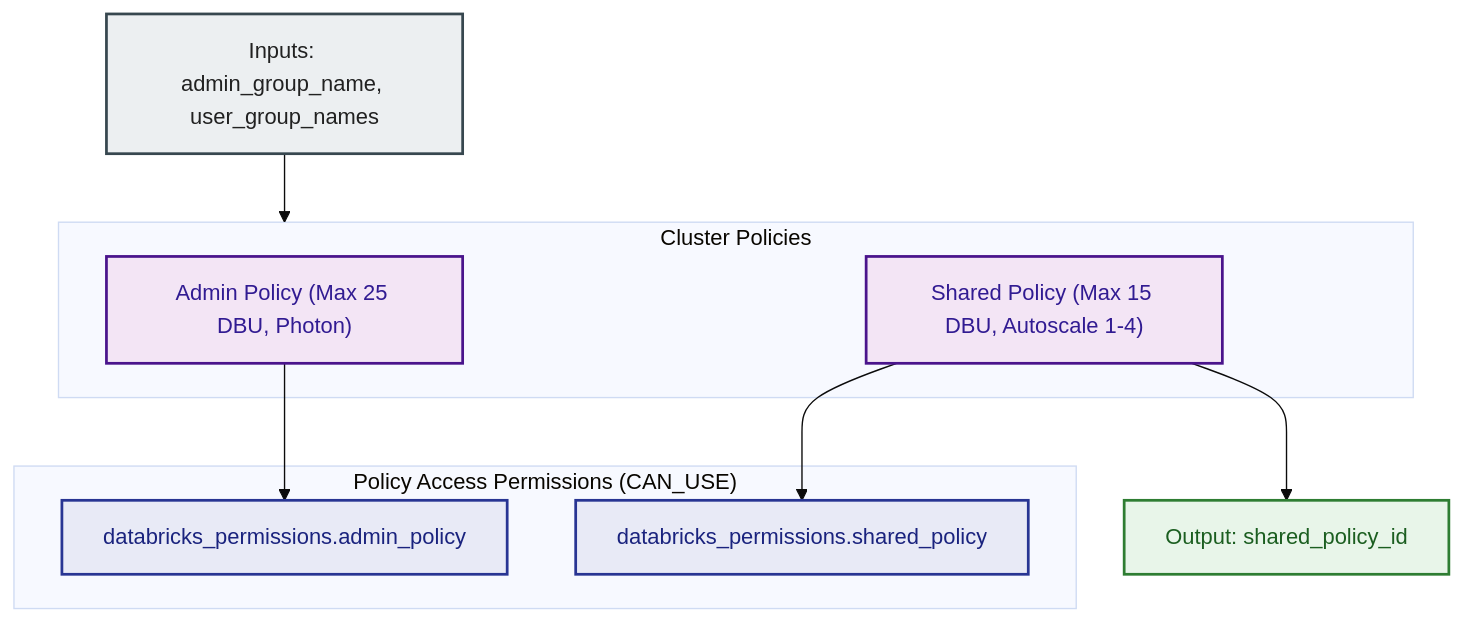
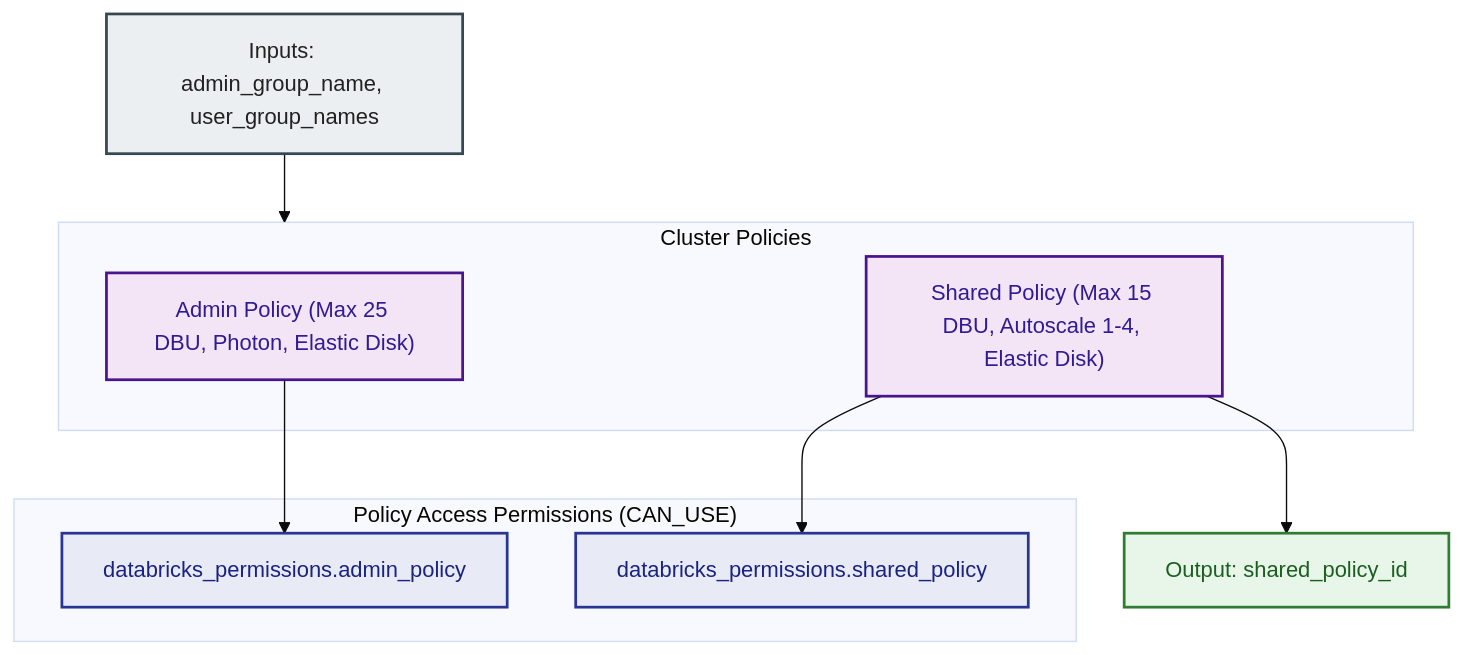
One commit to MikolajSedek/databricks_aws_deployment_03_workspaces_and_compute changed the diagram in modules/05.compute/001.compute_policies/README.md. Above: the diagram before and after it, drawn with Mermaid (base theme). The commit also changed other lines of this file and 23 other files, not shown here.

````diff
--- a/modules/05.compute/001.compute_policies/README.md
+++ b/modules/05.compute/001.compute_policies/README.md
@@ -55,27 +56,27 @@
 ```mermaid
 flowchart TD
     classDef input fill:#ECEFF1,stroke:#37474F,stroke-width:2px,color:#212121;
     classDef policy fill:#F3E5F5,stroke:#4A148C,stroke-width:2px,color:#311B92;
     classDef acl fill:#E8EAF6,stroke:#283593,stroke-width:2px,color:#1A237E;
     classDef out fill:#E8F5E9,stroke:#2E7D32,stroke-width:2px,color:#1B5E20;
 
     Inputs["Inputs: admin_group_name, user_group_names"]:::input
 
     subgraph Policies ["Cluster Policies"]
-        AdminPol["Admin Policy (Max 25 DBU, Photon)"]:::policy
-        SharedPol["Shared Policy (Max 15 DBU, Autoscale 1-4)"]:::policy
+        AdminPol["Admin Policy (Max 25 DBU, Photon, Elastic Disk)"]:::policy
+        SharedPol["Shared Policy (Max 15 DBU, Autoscale 1-4, Elastic Disk)"]:::policy
     end
 
     subgraph ACLs ["Policy Access Permissions (CAN_USE)"]
         AdminACL["databricks_permissions.admin_policy"]:::acl
         SharedACL["databricks_permissions.shared_policy"]:::acl
 
         AdminPol --> AdminACL
         SharedPol --> SharedACL
     end
 
     OutID["Output: shared_policy_id"]:::out
 
     Inputs --> Policies
     SharedPol --> OutID
 ```
````
